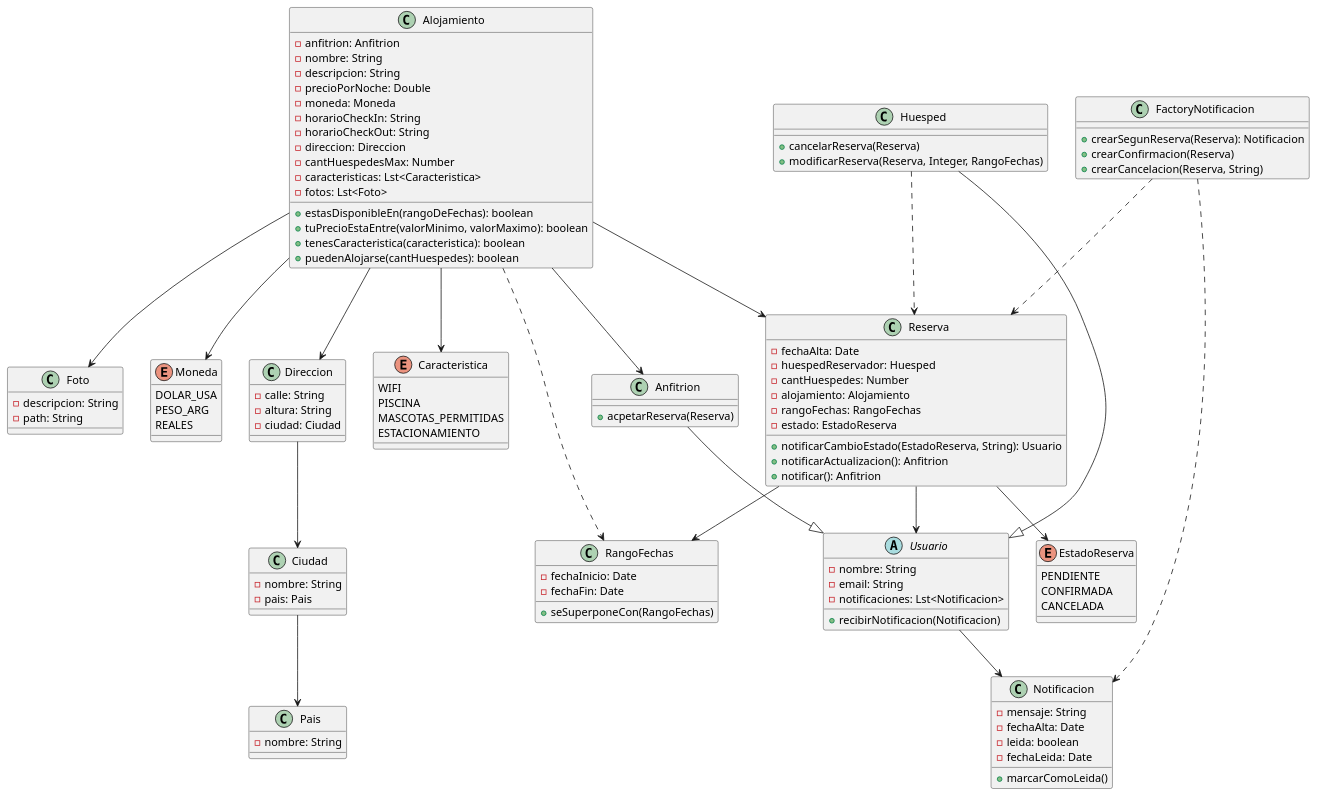
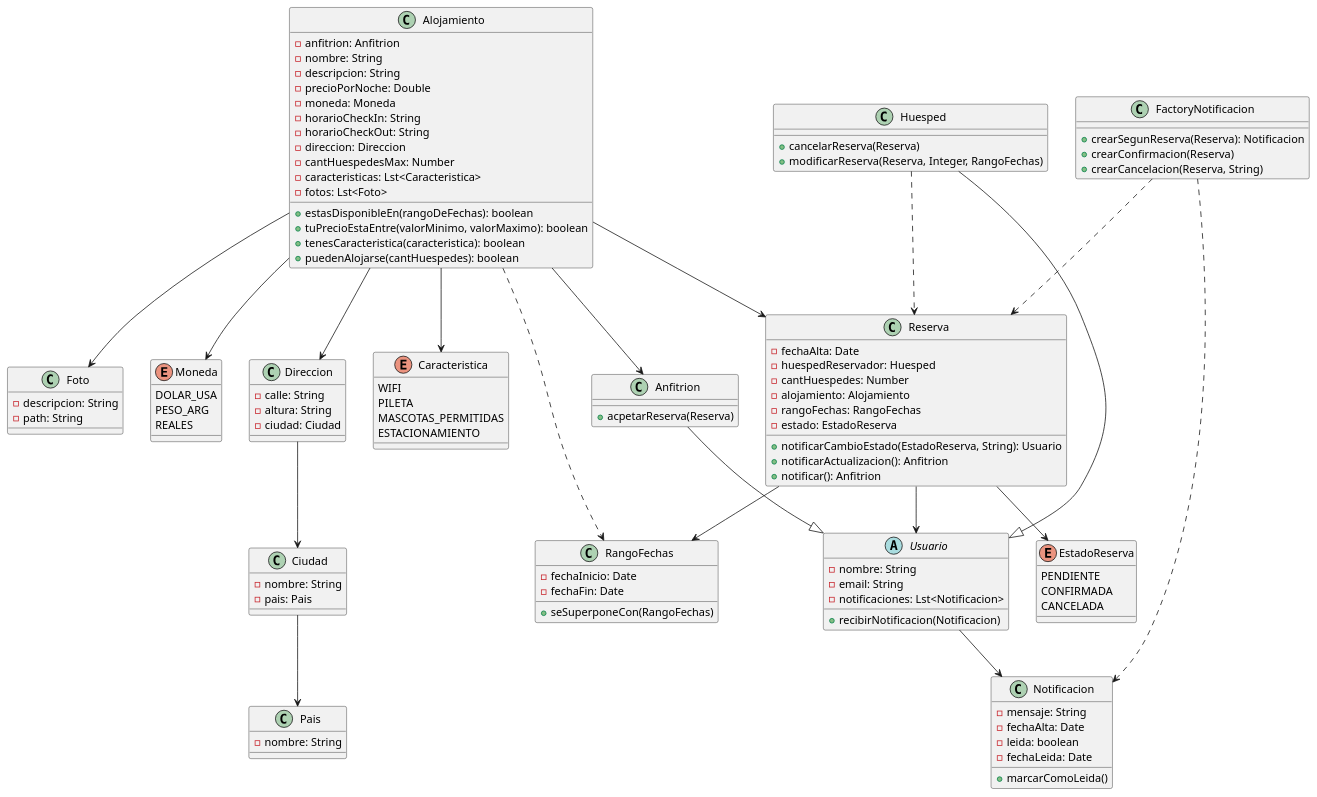
The diagram in docs/clases.puml (LautaroPingitore/Tp-Desarrollo-Pagina-Web), drawn with PlantUML before and after one commit. The commit also changed 5 other files, not shown here.

```diff
--- a/docs/clases.puml
+++ b/docs/clases.puml
@@ -1,137 +1,137 @@
 @startuml Birbnb
 
 class Alojamiento {
   - anfitrion: Anfitrion
   - nombre: String
   - descripcion: String
   - precioPorNoche: Double
   - moneda: Moneda
   - horarioCheckIn: String
   - horarioCheckOut: String
   - direccion: Direccion
   - cantHuespedesMax: Number
   - caracteristicas: Lst<Caracteristica>
   - fotos: Lst<Foto>
 
   + estasDisponibleEn(rangoDeFechas): boolean
   + tuPrecioEstaEntre(valorMinimo, valorMaximo): boolean
   + tenesCaracteristica(caracteristica): boolean
   + puedenAlojarse(cantHuespedes): boolean
 }
 
 enum Moneda {
     DOLAR_USA
     PESO_ARG
     REALES
 }
 
 enum Caracteristica {
     WIFI
-    PISCINA
+    PILETA
     MASCOTAS_PERMITIDAS
     ESTACIONAMIENTO
 }
 
 enum EstadoReserva {
     PENDIENTE
     CONFIRMADA
     CANCELADA
 }
 
 class Direccion {
   - calle: String
   - altura: String
   - ciudad: Ciudad
 }
 
 class Ciudad {
   - nombre: String
   - pais: Pais
 }
 
 class Pais {
   - nombre: String
 }
 
 class Foto {
   - descripcion: String
   - path: String
 }
 
 class Reserva {
   - fechaAlta: Date
   - huespedReservador: Huesped
   - cantHuespedes: Number
   - alojamiento: Alojamiento
   - rangoFechas: RangoFechas
   - estado: EstadoReserva
 
   + notificarCambioEstado(EstadoReserva, String): Usuario
   + notificarActualizacion(): Anfitrion
   + notificar(): Anfitrion 
 }
 
 class RangoFechas {
   - fechaInicio: Date
   - fechaFin: Date
 
   + seSuperponeCon(RangoFechas)
 }
 
 class FactoryNotificacion {
   + crearSegunReserva(Reserva): Notificacion
   + crearConfirmacion(Reserva)
   + crearCancelacion(Reserva, String)
 }
 
 class Notificacion {
   - mensaje: String
   - fechaAlta: Date
   - leida: boolean
   - fechaLeida: Date
 
   + marcarComoLeida()
 }
 
 abstract class Usuario {
   - nombre: String
   - email: String
   - notificaciones: Lst<Notificacion>
   
   + recibirNotificacion(Notificacion)
 }
 
 class Anfitrion {
     + acpetarReserva(Reserva)
 }
 
 class Huesped {
     + cancelarReserva(Reserva)
     + modificarReserva(Reserva, Integer, RangoFechas)
 }
 
 ' Relaciones '
 Usuario --> Notificacion
 Anfitrion --|> Usuario
 Huesped --|> Usuario
 Huesped ..> Reserva
 
 Alojamiento --> Direccion
 Alojamiento --> Foto
 Alojamiento --> Reserva
 Alojamiento --> Anfitrion
 Alojamiento ..> RangoFechas
 Alojamiento --> Moneda
 Alojamiento --> Caracteristica
 
 Direccion --> Ciudad
 Ciudad --> Pais
 
 Reserva --> RangoFechas
 Reserva --> EstadoReserva
 Reserva --> Usuario
 
 FactoryNotificacion ..> Notificacion
 FactoryNotificacion ..> Reserva
 
 @enduml
```
